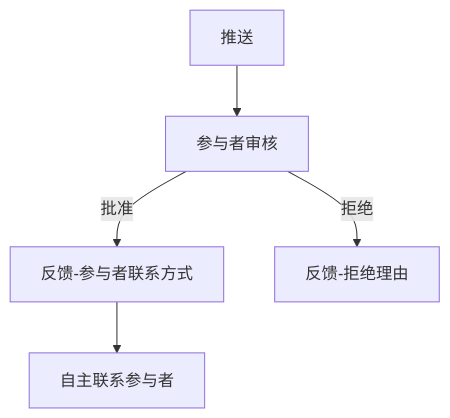
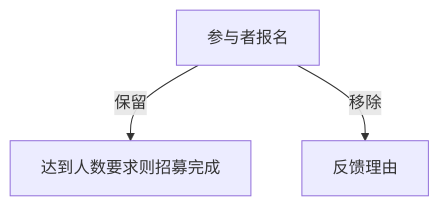
The fifth of 5 diagrams in packages/browser/README.md (bluebones-team/essai), drawn with Mermaid before and after one commit. The commit also changed other lines of this file and 72 other files, not shown here.

````diff
--- a/packages/browser/README.md
+++ b/packages/browser/README.md
@@ -37,5 +41,5 @@
 ```mermaid
 graph
-推送 --> 参与者审核 -->|批准| 反馈-参与者联系方式 --> 自主联系参与者
-参与者审核 -->|拒绝| 反馈-拒绝理由
+参与者报名 -->|保留| 达到人数要求则招募完成
+参与者报名 -->|移除| 反馈理由
 ```
````
